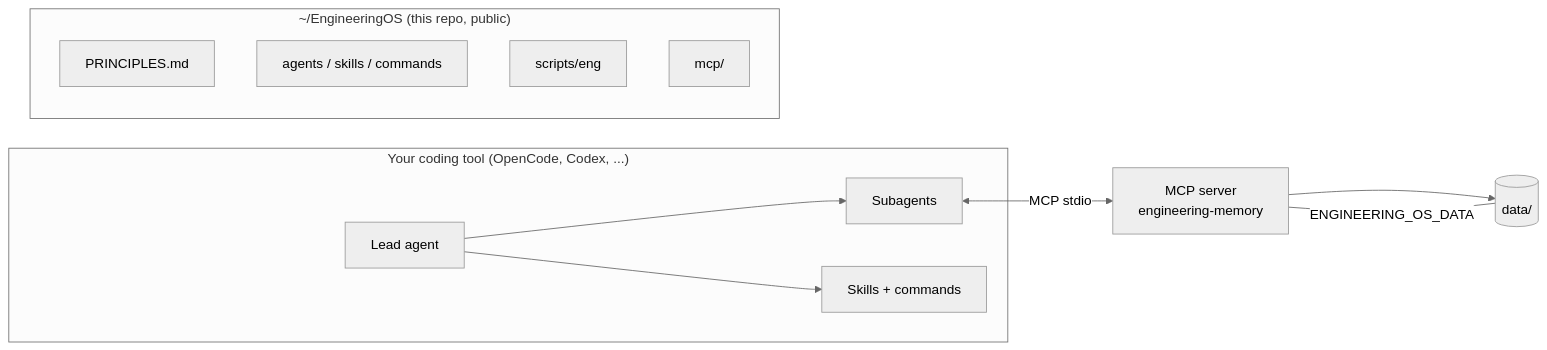
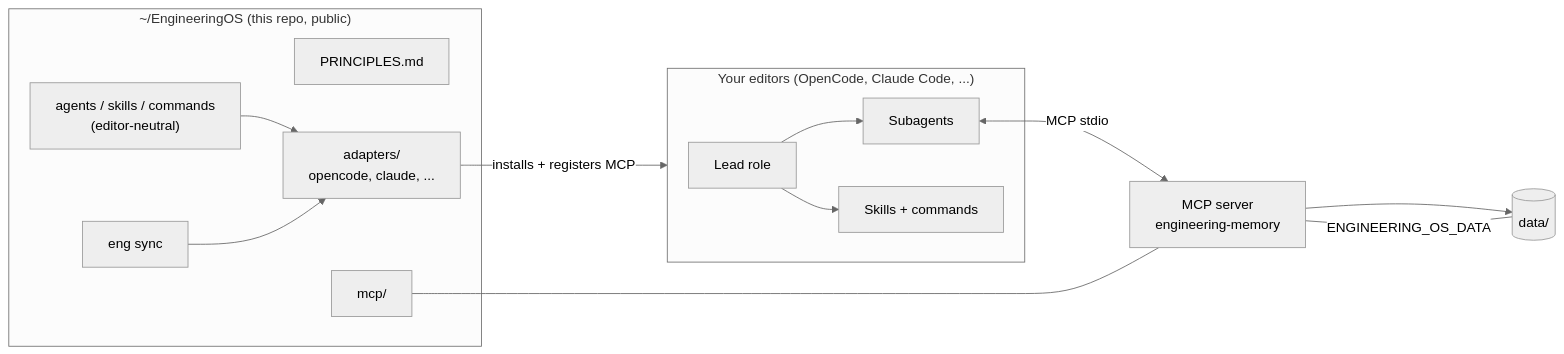
Before and after one commit to Ay7ot/engineering-os: the first of 3 diagrams in README.md, drawn with Mermaid (neutral theme). The commit also changed other lines of this file and 5 other files, not shown here.

First line of the commit message:
docs: refresh README and docs for editor-neutral adapters (#7)

````diff
--- a/README.md
+++ b/README.md
@@ -43,16 +49,23 @@
 ```mermaid
 flowchart LR
-    subgraph tool["Your coding tool (OpenCode, Codex, ...)"]
-        A[Lead agent] --> B[Subagents]
+    accTitle: How EngineeringOS fits together
+    accDescr: The engine's neutral agents, skills and commands are rendered by per-editor adapters into each coding tool, where agents talk to the engineering-memory MCP server backed by your private data directory.
+    subgraph repo["~/EngineeringOS (this repo, public)"]
+        E[PRINCIPLES.md]
+        F["agents / skills / commands<br/>(editor-neutral)"]
+        AD["adapters/<br/>opencode, claude, ..."]
+        G["eng sync"]
+        H[mcp/]
+    end
+    F --> AD
+    G --> AD
+    subgraph tool["Your editors (OpenCode, Claude Code, ...)"]
+        A[Lead role] --> B[Subagents]
         A --> C[Skills + commands]
     end
-    B <-->|MCP stdio| M[MCP server<br/>engineering-memory]
-    M --> D[(data/)]
-    subgraph repo["~/EngineeringOS (this repo, public)"]
-        E[PRINCIPLES.md]
-        F[agents / skills / commands]
-        G[scripts/eng]
-        H[mcp/]
-    end
+    AD -->|"installs + registers MCP"| tool
+    B <-->|MCP stdio| M["MCP server<br/>engineering-memory"]
+    H --- M
+    M --> D[("data/")]
     D ---|ENGINEERING_OS_DATA| M
 ```
````
